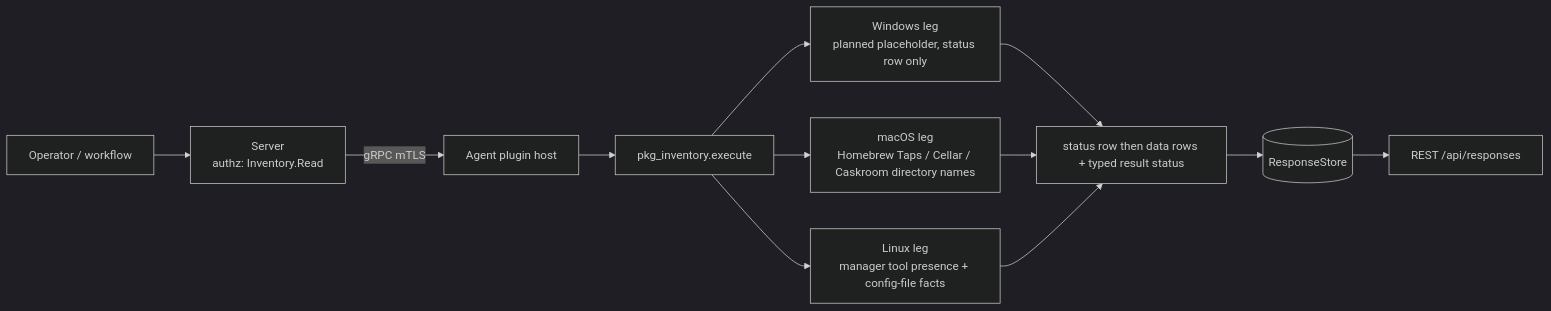
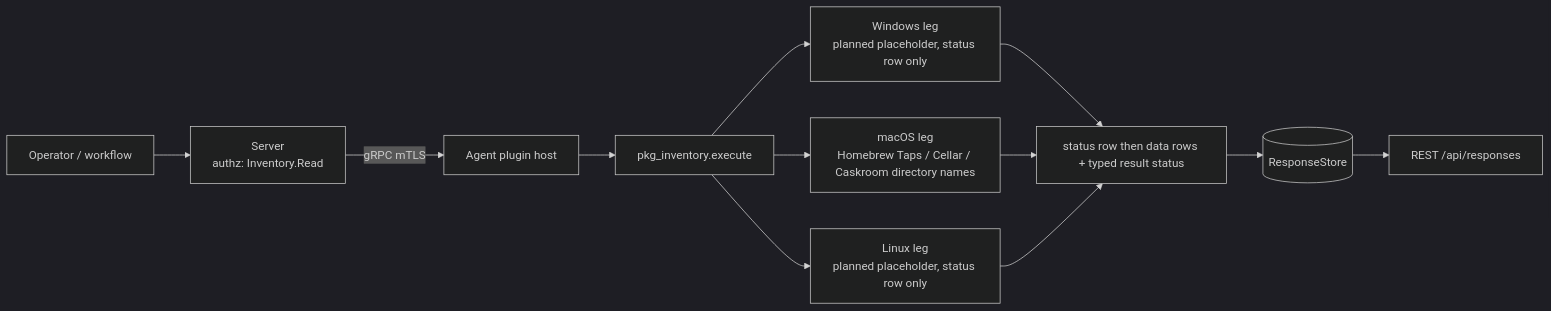
Before and after one commit to Tr3kkR/Yuzu: the diagram in agents/plugins/pkg_inventory/README.md, drawn with Mermaid (dark theme). The commit also changed other lines of this file and 22 other files, not shown here.

First line of the commit message:
refactor(pkg_inventory): defer the Linux managers leg to its own PR

````diff
--- a/agents/plugins/pkg_inventory/README.md
+++ b/agents/plugins/pkg_inventory/README.md
@@ -19,9 +19,9 @@
 ```mermaid
 flowchart LR
   OP[Operator / workflow] --> SRV[Server<br/>authz: Inventory.Read]
   SRV -- gRPC mTLS --> HOST[Agent plugin host] --> EX[pkg_inventory.execute]
   EX --> WIN[Windows leg<br/>planned placeholder, status row only]
   EX --> MAC[macOS leg<br/>Homebrew Taps / Cellar / Caskroom directory names]
-  EX --> LIN[Linux leg<br/>manager tool presence + config-file facts]
+  EX --> LIN[Linux leg<br/>planned placeholder, status row only]
   WIN & MAC & LIN --> ROWS[status row then data rows + typed result status] --> RS[(ResponseStore)] --> API[REST /api/responses]
 ```
````
